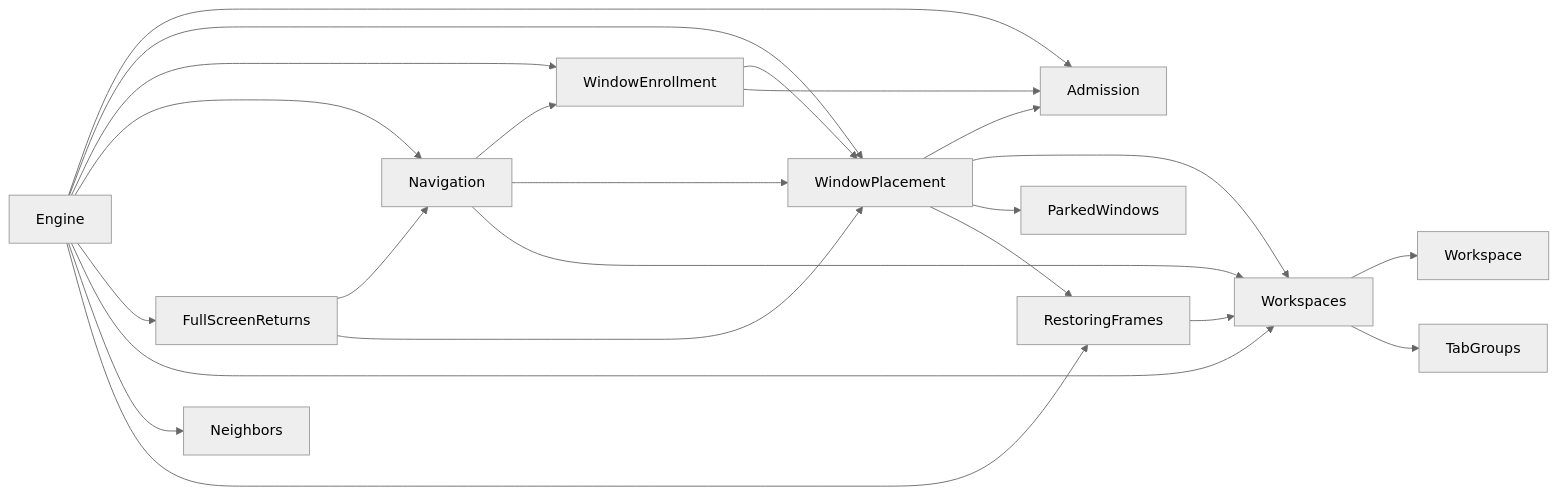
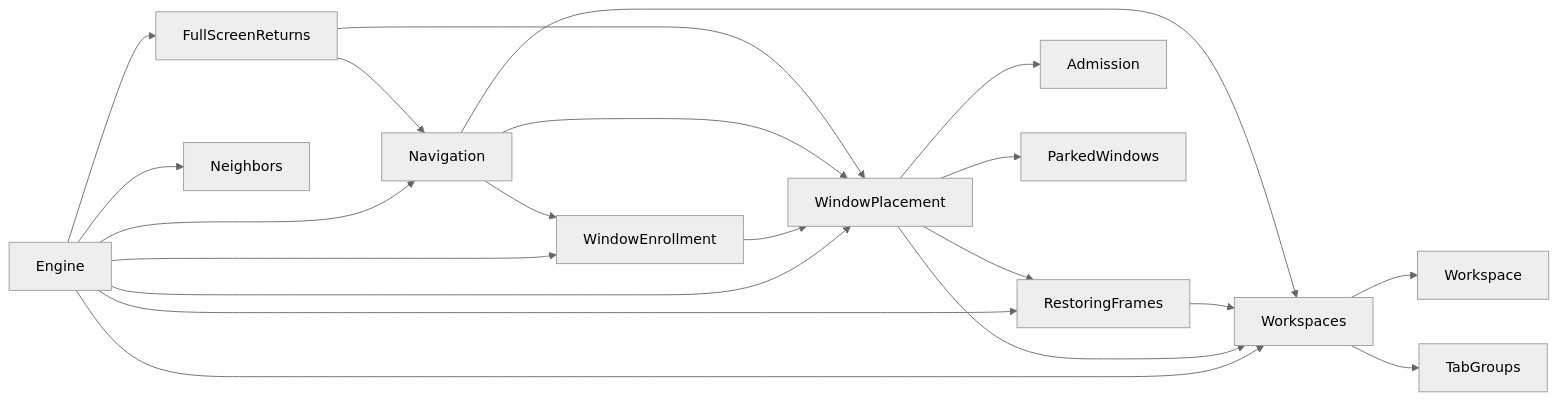
The fourth of 19 diagrams in ARCHITECTURE.md (brennovich/ottowm), drawn with Mermaid (neutral theme) before and after one commit. The commit also changed 6 other files, not shown here.

First line of the commit message:
Answer the admission verdict from WindowPlacement.assign

````diff
--- a/ARCHITECTURE.md
+++ b/ARCHITECTURE.md
@@ -129,25 +129,23 @@
 ```mermaid
 flowchart LR
-    Engine --> Admission
     Engine --> WindowPlacement
     Engine --> WindowEnrollment
     Engine --> Navigation
     Engine --> FullScreenReturns
     Engine --> Workspaces
     Engine --> Neighbors
     Engine --> RestoringFrames
     WindowEnrollment --> WindowPlacement
-    WindowEnrollment --> Admission
     WindowPlacement --> Admission
     Navigation --> WindowEnrollment
     Navigation --> WindowPlacement
     FullScreenReturns --> Navigation
     FullScreenReturns --> WindowPlacement
     WindowPlacement --> Workspaces
     WindowPlacement --> ParkedWindows
     WindowPlacement --> RestoringFrames
     RestoringFrames --> Workspaces
     Navigation --> Workspaces
     Workspaces --> Workspace
     Workspaces --> TabGroups
 ```
````
